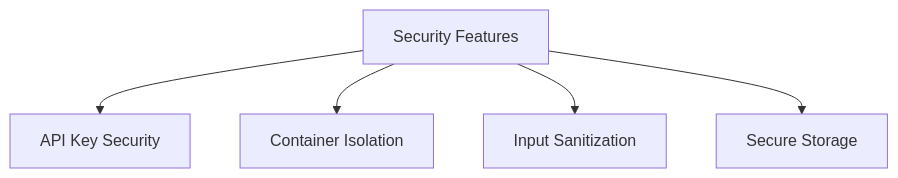
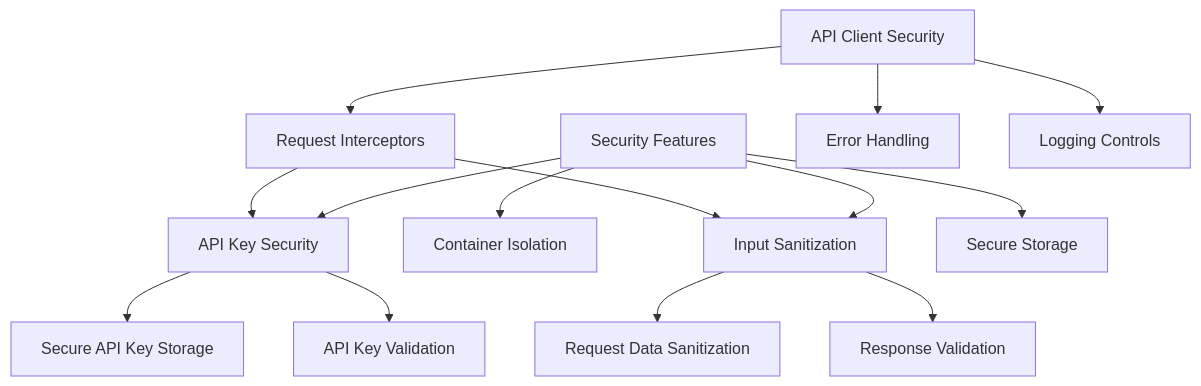
One commit to radicalkjax/Athena changed the seventh of 7 diagrams in README.md. Above: the diagram before and after it, drawn with Mermaid. The commit also changed other lines of this file and 12 other files, not shown here.

Commit message:
Rework of API calling to use axios. Secure store of the API keys still being implemented. Cosmetic upgrades to index such as a refresh button for the models list. Updated README's to include new changes to project.

````diff
--- a/README.md
+++ b/README.md
@@ -201,7 +248,20 @@
 ```mermaid
 flowchart TD
     A[Security Features] --> B[API Key Security]
     A --> C[Container Isolation]
     A --> D[Input Sanitization]
     A --> E[Secure Storage]
+    
+    B --> B1[Secure API Key Storage]
+    B --> B2[API Key Validation]
+    
+    D --> D1[Request Data Sanitization]
+    D --> D2[Response Validation]
+    
+    F[API Client Security] --> F1[Request Interceptors]
+    F --> F2[Error Handling]
+    F --> F3[Logging Controls]
+    
+    F1 --> B
+    F1 --> D
 ```
````
